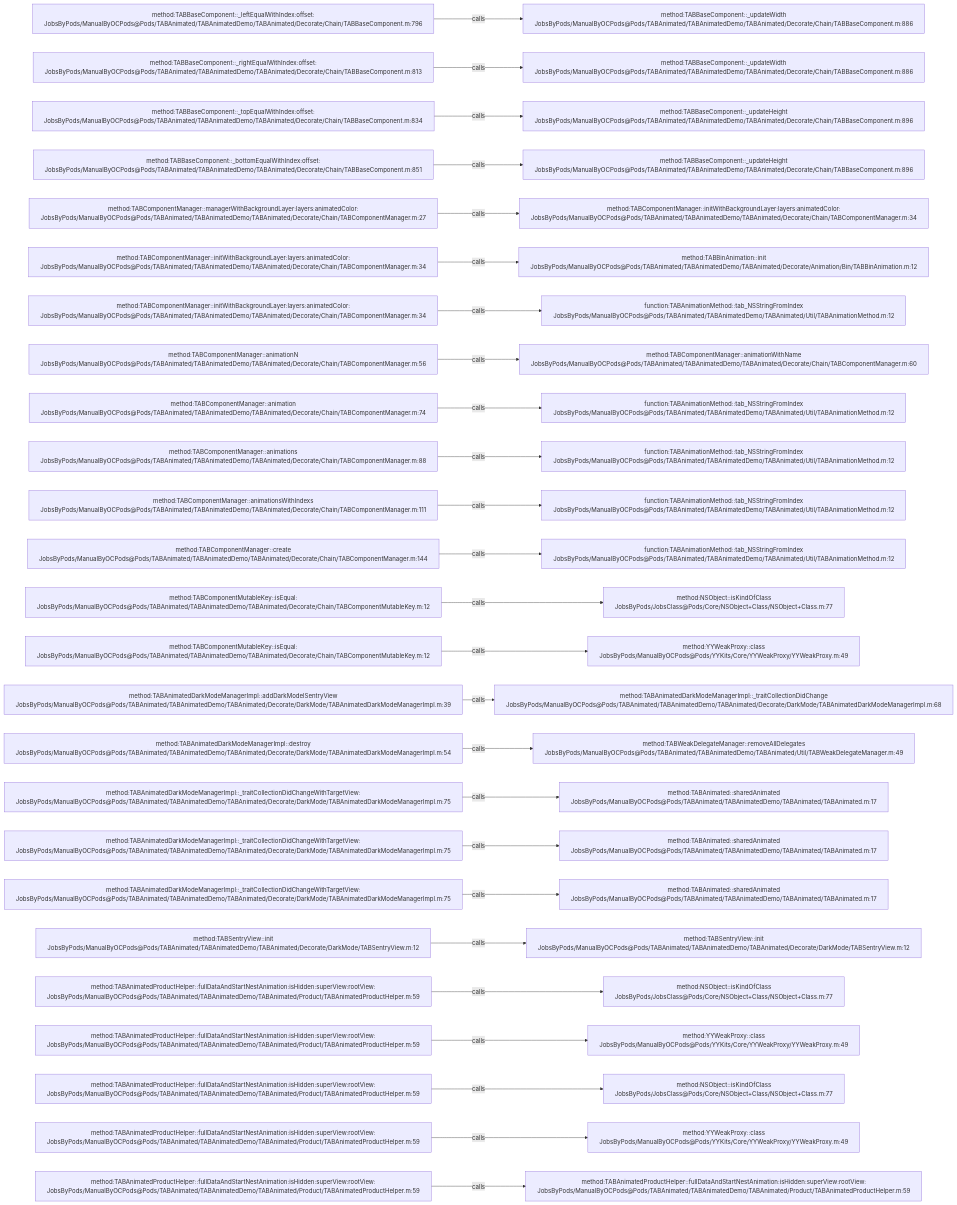
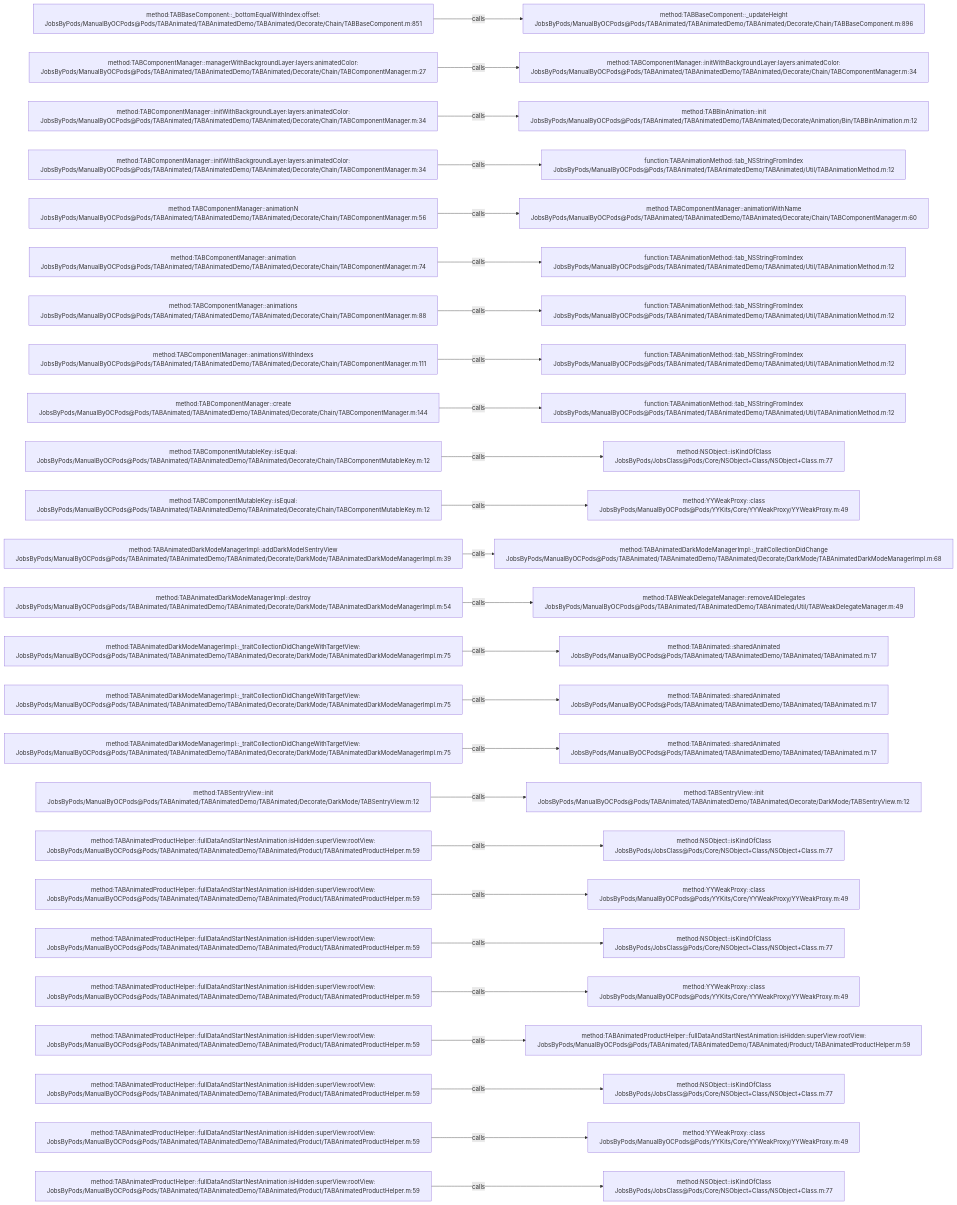
The diagram in .codegraph/codegraph.md/graphs/calls-034.md (JobsKits/JobsOCBaseConfigDemo), drawn with Mermaid before and after one commit. The commit also changed 342 other files, not shown here.

````diff
--- a/.codegraph/codegraph.md/graphs/calls-034.md
+++ b/.codegraph/codegraph.md/graphs/calls-034.md
@@ -13,78 +13,78 @@
 ```mermaid
 flowchart LR
-  S1["method:TABBaseComponent::_leftEqualWithIndex:offset:<br/>JobsByPods/ManualByOCPods@Pods/TABAnimated/TABAnimatedDemo/TABAnimated/Decorate/Chain/TABBaseComponent.m:796"]
-  T1["method:TABBaseComponent::_updateWidth<br/>JobsByPods/ManualByOCPods@Pods/TABAnimated/TABAnimatedDemo/TABAnimated/Decorate/Chain/TABBaseComponent.m:886"]
+  S1["method:TABBaseComponent::_bottomEqualWithIndex:offset:<br/>JobsByPods/ManualByOCPods@Pods/TABAnimated/TABAnimatedDemo/TABAnimated/Decorate/Chain/TABBaseComponent.m:851"]
+  T1["method:TABBaseComponent::_updateHeight<br/>JobsByPods/ManualByOCPods@Pods/TABAnimated/TABAnimatedDemo/TABAnimated/Decorate/Chain/TABBaseComponent.m:896"]
   S1 -->|calls| T1
-  S2["method:TABBaseComponent::_rightEqualWithIndex:offset:<br/>JobsByPods/ManualByOCPods@Pods/TABAnimated/TABAnimatedDemo/TABAnimated/Decorate/Chain/TABBaseComponent.m:813"]
-  T2["method:TABBaseComponent::_updateWidth<br/>JobsByPods/ManualByOCPods@Pods/TABAnimated/TABAnimatedDemo/TABAnimated/Decorate/Chain/TABBaseComponent.m:886"]
+  S2["method:TABComponentManager::managerWithBackgroundLayer:layers:animatedColor:<br/>JobsByPods/ManualByOCPods@Pods/TABAnimated/TABAnimatedDemo/TABAnimated/Decorate/Chain/TABComponentManager.m:27"]
+  T2["method:TABComponentManager::initWithBackgroundLayer:layers:animatedColor:<br/>JobsByPods/ManualByOCPods@Pods/TABAnimated/TABAnimatedDemo/TABAnimated/Decorate/Chain/TABComponentManager.m:34"]
   S2 -->|calls| T2
-  S3["method:TABBaseComponent::_topEqualWithIndex:offset:<br/>JobsByPods/ManualByOCPods@Pods/TABAnimated/TABAnimatedDemo/TABAnimated/Decorate/Chain/TABBaseComponent.m:834"]
-  T3["method:TABBaseComponent::_updateHeight<br/>JobsByPods/ManualByOCPods@Pods/TABAnimated/TABAnimatedDemo/TABAnimated/Decorate/Chain/TABBaseComponent.m:896"]
+  S3["method:TABComponentManager::initWithBackgroundLayer:layers:animatedColor:<br/>JobsByPods/ManualByOCPods@Pods/TABAnimated/TABAnimatedDemo/TABAnimated/Decorate/Chain/TABComponentManager.m:34"]
+  T3["method:TABBinAnimation::init<br/>JobsByPods/ManualByOCPods@Pods/TABAnimated/TABAnimatedDemo/TABAnimated/Decorate/Animation/Bin/TABBinAnimation.m:12"]
   S3 -->|calls| T3
-  S4["method:TABBaseComponent::_bottomEqualWithIndex:offset:<br/>JobsByPods/ManualByOCPods@Pods/TABAnimated/TABAnimatedDemo/TABAnimated/Decorate/Chain/TABBaseComponent.m:851"]
-  T4["method:TABBaseComponent::_updateHeight<br/>JobsByPods/ManualByOCPods@Pods/TABAnimated/TABAnimatedDemo/TABAnimated/Decorate/Chain/TABBaseComponent.m:896"]
+  S4["method:TABComponentManager::initWithBackgroundLayer:layers:animatedColor:<br/>JobsByPods/ManualByOCPods@Pods/TABAnimated/TABAnimatedDemo/TABAnimated/Decorate/Chain/TABComponentManager.m:34"]
+  T4["function:TABAnimationMethod::tab_NSStringFromIndex<br/>JobsByPods/ManualByOCPods@Pods/TABAnimated/TABAnimatedDemo/TABAnimated/Util/TABAnimationMethod.m:12"]
   S4 -->|calls| T4
-  S5["method:TABComponentManager::managerWithBackgroundLayer:layers:animatedColor:<br/>JobsByPods/ManualByOCPods@Pods/TABAnimated/TABAnimatedDemo/TABAnimated/Decorate/Chain/TABComponentManager.m:27"]
-  T5["method:TABComponentManager::initWithBackgroundLayer:layers:animatedColor:<br/>JobsByPods/ManualByOCPods@Pods/TABAnimated/TABAnimatedDemo/TABAnimated/Decorate/Chain/TABComponentManager.m:34"]
+  S5["method:TABComponentManager::animationN<br/>JobsByPods/ManualByOCPods@Pods/TABAnimated/TABAnimatedDemo/TABAnimated/Decorate/Chain/TABComponentManager.m:56"]
+  T5["method:TABComponentManager::animationWithName<br/>JobsByPods/ManualByOCPods@Pods/TABAnimated/TABAnimatedDemo/TABAnimated/Decorate/Chain/TABComponentManager.m:60"]
   S5 -->|calls| T5
-  S6["method:TABComponentManager::initWithBackgroundLayer:layers:animatedColor:<br/>JobsByPods/ManualByOCPods@Pods/TABAnimated/TABAnimatedDemo/TABAnimated/Decorate/Chain/TABComponentManager.m:34"]
-  T6["method:TABBinAnimation::init<br/>JobsByPods/ManualByOCPods@Pods/TABAnimated/TABAnimatedDemo/TABAnimated/Decorate/Animation/Bin/TABBinAnimation.m:12"]
+  S6["method:TABComponentManager::animation<br/>JobsByPods/ManualByOCPods@Pods/TABAnimated/TABAnimatedDemo/TABAnimated/Decorate/Chain/TABComponentManager.m:74"]
+  T6["function:TABAnimationMethod::tab_NSStringFromIndex<br/>JobsByPods/ManualByOCPods@Pods/TABAnimated/TABAnimatedDemo/TABAnimated/Util/TABAnimationMethod.m:12"]
   S6 -->|calls| T6
-  S7["method:TABComponentManager::initWithBackgroundLayer:layers:animatedColor:<br/>JobsByPods/ManualByOCPods@Pods/TABAnimated/TABAnimatedDemo/TABAnimated/Decorate/Chain/TABComponentManager.m:34"]
+  S7["method:TABComponentManager::animations<br/>JobsByPods/ManualByOCPods@Pods/TABAnimated/TABAnimatedDemo/TABAnimated/Decorate/Chain/TABComponentManager.m:88"]
   T7["function:TABAnimationMethod::tab_NSStringFromIndex<br/>JobsByPods/ManualByOCPods@Pods/TABAnimated/TABAnimatedDemo/TABAnimated/Util/TABAnimationMethod.m:12"]
   S7 -->|calls| T7
-  S8["method:TABComponentManager::animationN<br/>JobsByPods/ManualByOCPods@Pods/TABAnimated/TABAnimatedDemo/TABAnimated/Decorate/Chain/TABComponentManager.m:56"]
-  T8["method:TABComponentManager::animationWithName<br/>JobsByPods/ManualByOCPods@Pods/TABAnimated/TABAnimatedDemo/TABAnimated/Decorate/Chain/TABComponentManager.m:60"]
+  S8["method:TABComponentManager::animationsWithIndexs<br/>JobsByPods/ManualByOCPods@Pods/TABAnimated/TABAnimatedDemo/TABAnimated/Decorate/Chain/TABComponentManager.m:111"]
+  T8["function:TABAnimationMethod::tab_NSStringFromIndex<br/>JobsByPods/ManualByOCPods@Pods/TABAnimated/TABAnimatedDemo/TABAnimated/Util/TABAnimationMethod.m:12"]
   S8 -->|calls| T8
-  S9["method:TABComponentManager::animation<br/>JobsByPods/ManualByOCPods@Pods/TABAnimated/TABAnimatedDemo/TABAnimated/Decorate/Chain/TABComponentManager.m:74"]
+  S9["method:TABComponentManager::create<br/>JobsByPods/ManualByOCPods@Pods/TABAnimated/TABAnimatedDemo/TABAnimated/Decorate/Chain/TABComponentManager.m:144"]
   T9["function:TABAnimationMethod::tab_NSStringFromIndex<br/>JobsByPods/ManualByOCPods@Pods/TABAnimated/TABAnimatedDemo/TABAnimated/Util/TABAnimationMethod.m:12"]
   S9 -->|calls| T9
-  S10["method:TABComponentManager::animations<br/>JobsByPods/ManualByOCPods@Pods/TABAnimated/TABAnimatedDemo/TABAnimated/Decorate/Chain/TABComponentManager.m:88"]
-  T10["function:TABAnimationMethod::tab_NSStringFromIndex<br/>JobsByPods/ManualByOCPods@Pods/TABAnimated/TABAnimatedDemo/TABAnimated/Util/TABAnimationMethod.m:12"]
+  S10["method:TABComponentMutableKey::isEqual:<br/>JobsByPods/ManualByOCPods@Pods/TABAnimated/TABAnimatedDemo/TABAnimated/Decorate/Chain/TABComponentMutableKey.m:12"]
+  T10["method:NSObject::isKindOfClass<br/>JobsByPods/JobsClass@Pods/Core/NSObject+Class/NSObject+Class.m:77"]
   S10 -->|calls| T10
-  S11["method:TABComponentManager::animationsWithIndexs<br/>JobsByPods/ManualByOCPods@Pods/TABAnimated/TABAnimatedDemo/TABAnimated/Decorate/Chain/TABComponentManager.m:111"]
-  T11["function:TABAnimationMethod::tab_NSStringFromIndex<br/>JobsByPods/ManualByOCPods@Pods/TABAnimated/TABAnimatedDemo/TABAnimated/Util/TABAnimationMethod.m:12"]
+  S11["method:TABComponentMutableKey::isEqual:<br/>JobsByPods/ManualByOCPods@Pods/TABAnimated/TABAnimatedDemo/TABAnimated/Decorate/Chain/TABComponentMutableKey.m:12"]
+  T11["method:YYWeakProxy::class<br/>JobsByPods/ManualByOCPods@Pods/YYKits/Core/YYWeakProxy/YYWeakProxy.m:49"]
   S11 -->|calls| T11
-  S12["method:TABComponentManager::create<br/>JobsByPods/ManualByOCPods@Pods/TABAnimated/TABAnimatedDemo/TABAnimated/Decorate/Chain/TABComponentManager.m:144"]
-  T12["function:TABAnimationMethod::tab_NSStringFromIndex<br/>JobsByPods/ManualByOCPods@Pods/TABAnimated/TABAnimatedDemo/TABAnimated/Util/TABAnimationMethod.m:12"]
+  S12["method:TABAnimatedDarkModeManagerImpl::addDarkModelSentryView<br/>JobsByPods/ManualByOCPods@Pods/TABAnimated/TABAnimatedDemo/TABAnimated/Decorate/DarkMode/TABAnimatedDarkModeManagerImpl.m:39"]
+  T12["method:TABAnimatedDarkModeManagerImpl::_traitCollectionDidChange<br/>JobsByPods/ManualByOCPods@Pods/TABAnimated/TABAnimatedDemo/TABAnimated/Decorate/DarkMode/TABAnimatedDarkModeManagerImpl.m:68"]
   S12 -->|calls| T12
-  S13["method:TABComponentMutableKey::isEqual:<br/>JobsByPods/ManualByOCPods@Pods/TABAnimated/TABAnimatedDemo/TABAnimated/Decorate/Chain/TABComponentMutableKey.m:12"]
-  T13["method:NSObject::isKindOfClass<br/>JobsByPods/JobsClass@Pods/Core/NSObject+Class/NSObject+Class.m:77"]
+  S13["method:TABAnimatedDarkModeManagerImpl::destroy<br/>JobsByPods/ManualByOCPods@Pods/TABAnimated/TABAnimatedDemo/TABAnimated/Decorate/DarkMode/TABAnimatedDarkModeManagerImpl.m:54"]
+  T13["method:TABWeakDelegateManager::removeAllDelegates<br/>JobsByPods/ManualByOCPods@Pods/TABAnimated/TABAnimatedDemo/TABAnimated/Util/TABWeakDelegateManager.m:49"]
   S13 -->|calls| T13
-  S14["method:TABComponentMutableKey::isEqual:<br/>JobsByPods/ManualByOCPods@Pods/TABAnimated/TABAnimatedDemo/TABAnimated/Decorate/Chain/TABComponentMutableKey.m:12"]
-  T14["method:YYWeakProxy::class<br/>JobsByPods/ManualByOCPods@Pods/YYKits/Core/YYWeakProxy/YYWeakProxy.m:49"]
+  S14["method:TABAnimatedDarkModeManagerImpl::_traitCollectionDidChangeWithTargetView:<br/>JobsByPods/ManualByOCPods@Pods/TABAnimated/TABAnimatedDemo/TABAnimated/Decorate/DarkMode/TABAnimatedDarkModeManagerImpl.m:75"]
+  T14["method:TABAnimated::sharedAnimated<br/>JobsByPods/ManualByOCPods@Pods/TABAnimated/TABAnimatedDemo/TABAnimated/TABAnimated.m:17"]
   S14 -->|calls| T14
-  S15["method:TABAnimatedDarkModeManagerImpl::addDarkModelSentryView<br/>JobsByPods/ManualByOCPods@Pods/TABAnimated/TABAnimatedDemo/TABAnimated/Decorate/DarkMode/TABAnimatedDarkModeManagerImpl.m:39"]
-  T15["method:TABAnimatedDarkModeManagerImpl::_traitCollectionDidChange<br/>JobsByPods/ManualByOCPods@Pods/TABAnimated/TABAnimatedDemo/TABAnimated/Decorate/DarkMode/TABAnimatedDarkModeManagerImpl.m:68"]
+  S15["method:TABAnimatedDarkModeManagerImpl::_traitCollectionDidChangeWithTargetView:<br/>JobsByPods/ManualByOCPods@Pods/TABAnimated/TABAnimatedDemo/TABAnimated/Decorate/DarkMode/TABAnimatedDarkModeManagerImpl.m:75"]
+  T15["method:TABAnimated::sharedAnimated<br/>JobsByPods/ManualByOCPods@Pods/TABAnimated/TABAnimatedDemo/TABAnimated/TABAnimated.m:17"]
   S15 -->|calls| T15
-  S16["method:TABAnimatedDarkModeManagerImpl::destroy<br/>JobsByPods/ManualByOCPods@Pods/TABAnimated/TABAnimatedDemo/TABAnimated/Decorate/DarkMode/TABAnimatedDarkModeManagerImpl.m:54"]
-  T16["method:TABWeakDelegateManager::removeAllDelegates<br/>JobsByPods/ManualByOCPods@Pods/TABAnimated/TABAnimatedDemo/TABAnimated/Util/TABWeakDelegateManager.m:49"]
+  S16["method:TABAnimatedDarkModeManagerImpl::_traitCollectionDidChangeWithTargetView:<br/>JobsByPods/ManualByOCPods@Pods/TABAnimated/TABAnimatedDemo/TABAnimated/Decorate/DarkMode/TABAnimatedDarkModeManagerImpl.m:75"]
+  T16["method:TABAnimated::sharedAnimated<br/>JobsByPods/ManualByOCPods@Pods/TABAnimated/TABAnimatedDemo/TABAnimated/TABAnimated.m:17"]
   S16 -->|calls| T16
-  S17["method:TABAnimatedDarkModeManagerImpl::_traitCollectionDidChangeWithTargetView:<br/>JobsByPods/ManualByOCPods@Pods/TABAnimated/TABAnimatedDemo/TABAnimated/Decorate/DarkMode/TABAnimatedDarkModeManagerImpl.m:75"]
-  T17["method:TABAnimated::sharedAnimated<br/>JobsByPods/ManualByOCPods@Pods/TABAnimated/TABAnimatedDemo/TABAnimated/TABAnimated.m:17"]
+  S17["method:TABSentryView::init<br/>JobsByPods/ManualByOCPods@Pods/TABAnimated/TABAnimatedDemo/TABAnimated/Decorate/DarkMode/TABSentryView.m:12"]
+  T17["method:TABSentryView::init<br/>JobsByPods/ManualByOCPods@Pods/TABAnimated/TABAnimatedDemo/TABAnimated/Decorate/DarkMode/TABSentryView.m:12"]
   S17 -->|calls| T17
-  S18["method:TABAnimatedDarkModeManagerImpl::_traitCollectionDidChangeWithTargetView:<br/>JobsByPods/ManualByOCPods@Pods/TABAnimated/TABAnimatedDemo/TABAnimated/Decorate/DarkMode/TABAnimatedDarkModeManagerImpl.m:75"]
-  T18["method:TABAnimated::sharedAnimated<br/>JobsByPods/ManualByOCPods@Pods/TABAnimated/TABAnimatedDemo/TABAnimated/TABAnimated.m:17"]
+  S18["method:TABAnimatedProductHelper::fullDataAndStartNestAnimation:isHidden:superView:rootView:<br/>JobsByPods/ManualByOCPods@Pods/TABAnimated/TABAnimatedDemo/TABAnimated/Product/TABAnimatedProductHelper.m:59"]
+  T18["method:NSObject::isKindOfClass<br/>JobsByPods/JobsClass@Pods/Core/NSObject+Class/NSObject+Class.m:77"]
   S18 -->|calls| T18
-  S19["method:TABAnimatedDarkModeManagerImpl::_traitCollectionDidChangeWithTargetView:<br/>JobsByPods/ManualByOCPods@Pods/TABAnimated/TABAnimatedDemo/TABAnimated/Decorate/DarkMode/TABAnimatedDarkModeManagerImpl.m:75"]
-  T19["method:TABAnimated::sharedAnimated<br/>JobsByPods/ManualByOCPods@Pods/TABAnimated/TABAnimatedDemo/TABAnimated/TABAnimated.m:17"]
+  S19["method:TABAnimatedProductHelper::fullDataAndStartNestAnimation:isHidden:superView:rootView:<br/>JobsByPods/ManualByOCPods@Pods/TABAnimated/TABAnimatedDemo/TABAnimated/Product/TABAnimatedProductHelper.m:59"]
+  T19["method:YYWeakProxy::class<br/>JobsByPods/ManualByOCPods@Pods/YYKits/Core/YYWeakProxy/YYWeakProxy.m:49"]
   S19 -->|calls| T19
-  S20["method:TABSentryView::init<br/>JobsByPods/ManualByOCPods@Pods/TABAnimated/TABAnimatedDemo/TABAnimated/Decorate/DarkMode/TABSentryView.m:12"]
-  T20["method:TABSentryView::init<br/>JobsByPods/ManualByOCPods@Pods/TABAnimated/TABAnimatedDemo/TABAnimated/Decorate/DarkMode/TABSentryView.m:12"]
+  S20["method:TABAnimatedProductHelper::fullDataAndStartNestAnimation:isHidden:superView:rootView:<br/>JobsByPods/ManualByOCPods@Pods/TABAnimated/TABAnimatedDemo/TABAnimated/Product/TABAnimatedProductHelper.m:59"]
+  T20["method:NSObject::isKindOfClass<br/>JobsByPods/JobsClass@Pods/Core/NSObject+Class/NSObject+Class.m:77"]
   S20 -->|calls| T20
   S21["method:TABAnimatedProductHelper::fullDataAndStartNestAnimation:isHidden:superView:rootView:<br/>JobsByPods/ManualByOCPods@Pods/TABAnimated/TABAnimatedDemo/TABAnimated/Product/TABAnimatedProductHelper.m:59"]
-  T21["method:NSObject::isKindOfClass<br/>JobsByPods/JobsClass@Pods/Core/NSObject+Class/NSObject+Class.m:77"]
+  T21["method:YYWeakProxy::class<br/>JobsByPods/ManualByOCPods@Pods/YYKits/Core/YYWeakProxy/YYWeakProxy.m:49"]
   S21 -->|calls| T21
   S22["method:TABAnimatedProductHelper::fullDataAndStartNestAnimation:isHidden:superView:rootView:<br/>JobsByPods/ManualByOCPods@Pods/TABAnimated/TABAnimatedDemo/TABAnimated/Product/TABAnimatedProductHelper.m:59"]
-  T22["method:YYWeakProxy::class<br/>JobsByPods/ManualByOCPods@Pods/YYKits/Core/YYWeakProxy/YYWeakProxy.m:49"]
+  T22["method:TABAnimatedProductHelper::fullDataAndStartNestAnimation:isHidden:superView:rootView:<br/>JobsByPods/ManualByOCPods@Pods/TABAnimated/TABAnimatedDemo/TABAnimated/Product/TABAnimatedProductHelper.m:59"]
   S22 -->|calls| T22
   S23["method:TABAnimatedProductHelper::fullDataAndStartNestAnimation:isHidden:superView:rootView:<br/>JobsByPods/ManualByOCPods@Pods/TABAnimated/TABAnimatedDemo/TABAnimated/Product/TABAnimatedProductHelper.m:59"]
   T23["method:NSObject::isKindOfClass<br/>JobsByPods/JobsClass@Pods/Core/NSObject+Class/NSObject+Class.m:77"]
   S23 -->|calls| T23
   S24["method:TABAnimatedProductHelper::fullDataAndStartNestAnimation:isHidden:superView:rootView:<br/>JobsByPods/ManualByOCPods@Pods/TABAnimated/TABAnimatedDemo/TABAnimated/Product/TABAnimatedProductHelper.m:59"]
   T24["method:YYWeakProxy::class<br/>JobsByPods/ManualByOCPods@Pods/YYKits/Core/YYWeakProxy/YYWeakProxy.m:49"]
   S24 -->|calls| T24
   S25["method:TABAnimatedProductHelper::fullDataAndStartNestAnimation:isHidden:superView:rootView:<br/>JobsByPods/ManualByOCPods@Pods/TABAnimated/TABAnimatedDemo/TABAnimated/Product/TABAnimatedProductHelper.m:59"]
-  T25["method:TABAnimatedProductHelper::fullDataAndStartNestAnimation:isHidden:superView:rootView:<br/>JobsByPods/ManualByOCPods@Pods/TABAnimated/TABAnimatedDemo/TABAnimated/Product/TABAnimatedProductHelper.m:59"]
+  T25["method:NSObject::isKindOfClass<br/>JobsByPods/JobsClass@Pods/Core/NSObject+Class/NSObject+Class.m:77"]
   S25 -->|calls| T25
 ```
````
